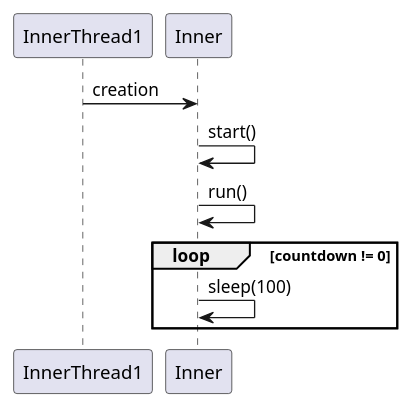
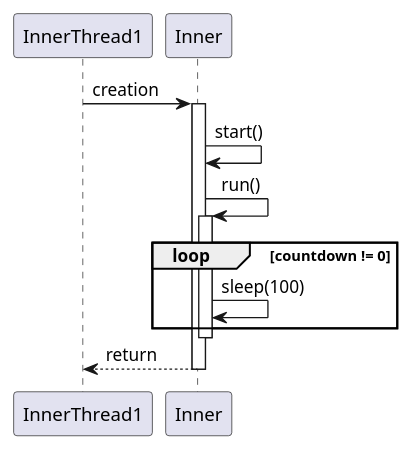
One commit to s3lvatico/TiJ-concurrency changed the diagram in docs/uml/InnerThread1_seq.puml. Above: the diagram before and after it, drawn with PlantUML. The commit also changed 1 other file, not shown here.

Commit message:
raffinato l'uml

```diff
--- a/docs/uml/InnerThread1_seq.puml
+++ b/docs/uml/InnerThread1_seq.puml
@@ -1,9 +1,18 @@
 @startuml innerThread1Seq
+
 InnerThread1 -> Inner : creation
+activate Inner
+
 Inner -> Inner : start()
+
 Inner -> Inner : run()
+activate Inner
 loop countdown != 0
    Inner -> Inner : sleep(100)
 end
+deactivate Inner
+
+Inner --> InnerThread1 : return
+deactivate Inner
 
 @enduml
```
